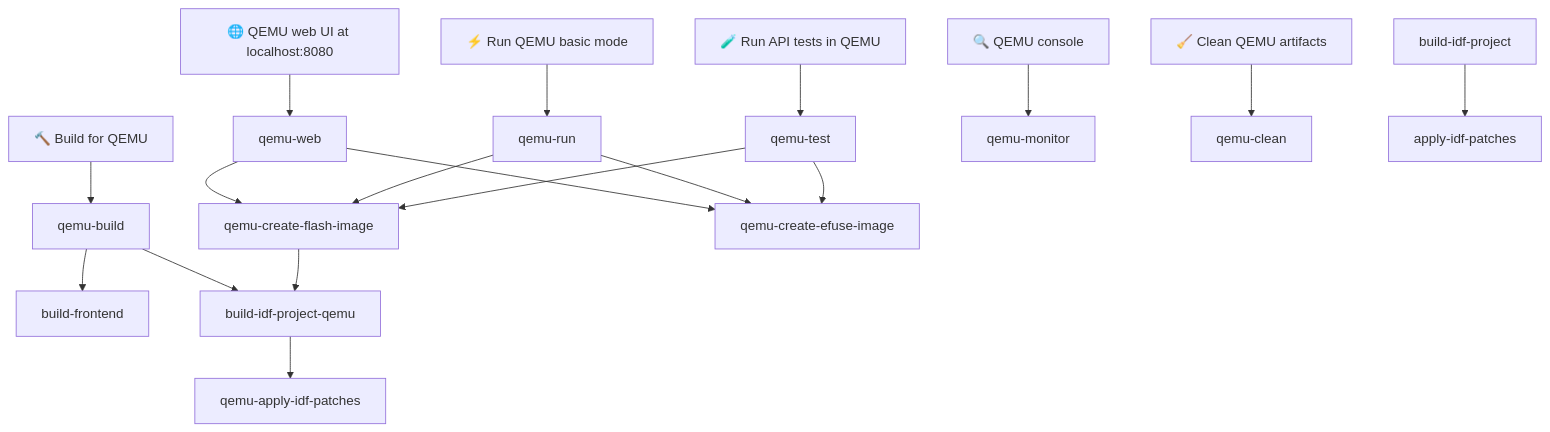
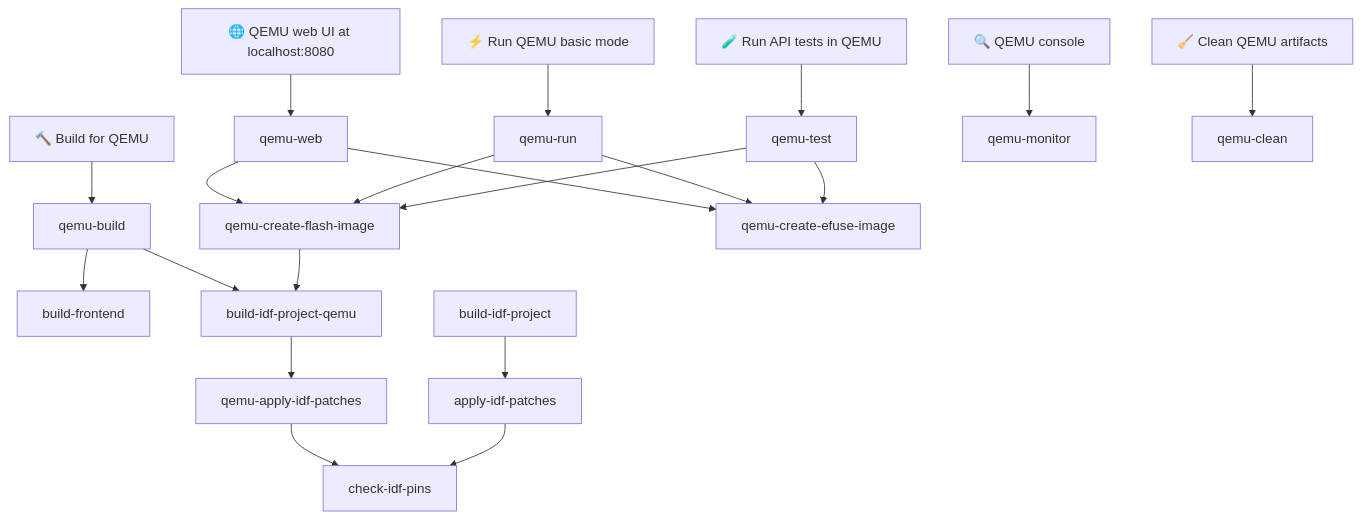
One commit to wirenboard/wb-mge changed the second of 2 diagrams in README.md. Above: the diagram before and after it, drawn with Mermaid. The commit also changed other lines of this file and 6 other files, not shown here.

````diff
--- a/README.md
+++ b/README.md
@@ -251,22 +286,24 @@
 ```mermaid
 graph TD
     BQ["🔨 Build for QEMU"] --> qemu-build
     W["🌐 QEMU web UI at localhost:8080"] --> qemu-web
     T["🧪 Run API tests in QEMU"] --> qemu-test
     R["⚡ Run QEMU basic mode"] --> qemu-run
     MC["🔍 QEMU console"] --> qemu-monitor
     CQ["🧹 Clean QEMU artifacts"] --> qemu-clean
 
     qemu-build --> build-frontend
     qemu-build --> build-idf-project-qemu
 
     qemu-web --> qemu-create-flash-image
     qemu-web --> qemu-create-efuse-image
     qemu-run --> qemu-create-flash-image
     qemu-run --> qemu-create-efuse-image
     qemu-test --> qemu-create-flash-image
     qemu-test --> qemu-create-efuse-image
     qemu-create-flash-image --> build-idf-project-qemu
     build-idf-project-qemu --> qemu-apply-idf-patches
     build-idf-project --> apply-idf-patches
+    qemu-apply-idf-patches --> check-idf-pins
+    apply-idf-patches --> check-idf-pins
 ```
````
